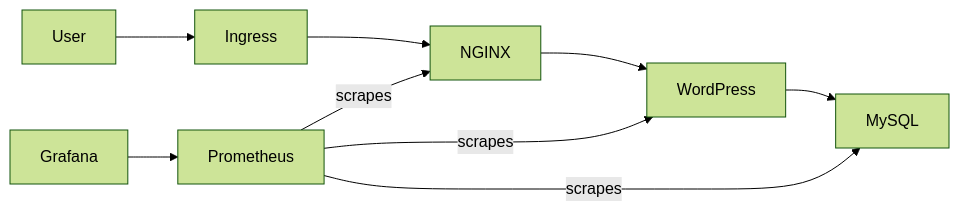
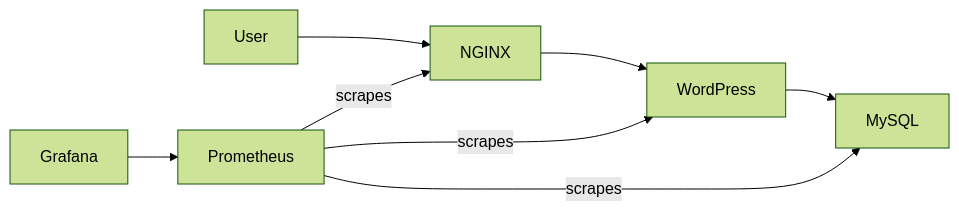
The diagram in README.md (RaviRaghuv/Syfe_Intern_Project-main), drawn with Mermaid (forest theme) before and after one commit.

Commit message:
Update architecture diagram to route User directly to NGINX

````diff
--- a/README.md
+++ b/README.md
@@ -26,13 +26,12 @@
 ```mermaid
 flowchart LR
-    User --> Ingress
-    Ingress --> NGINX
+    User --> NGINX
     NGINX --> WordPress
     WordPress --> MySQL
 
     Prometheus -->|scrapes| WordPress
     Prometheus -->|scrapes| NGINX
     Prometheus -->|scrapes| MySQL
 
     Grafana --> Prometheus
 ```
````
